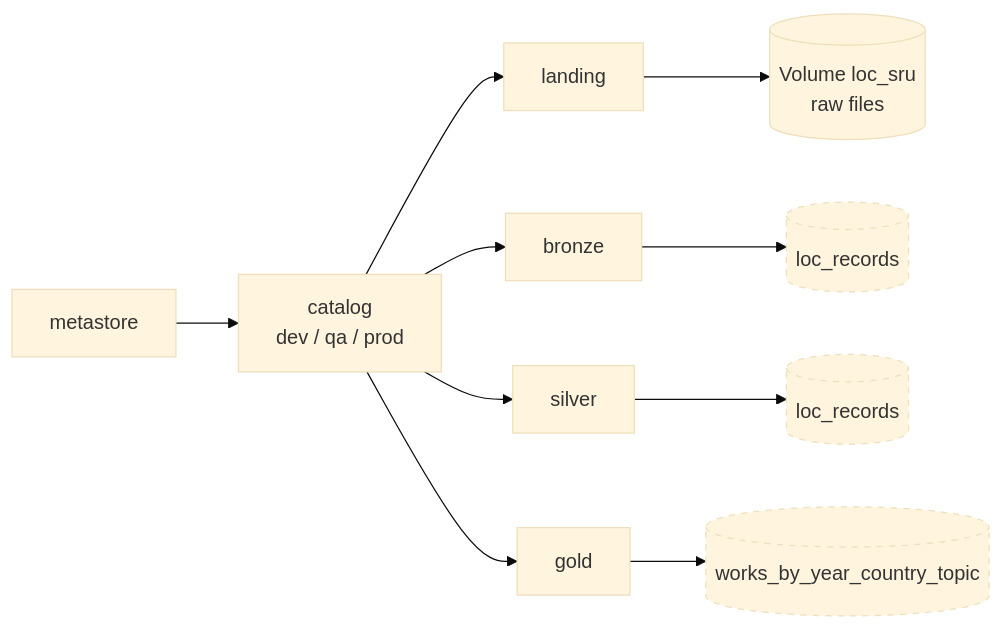
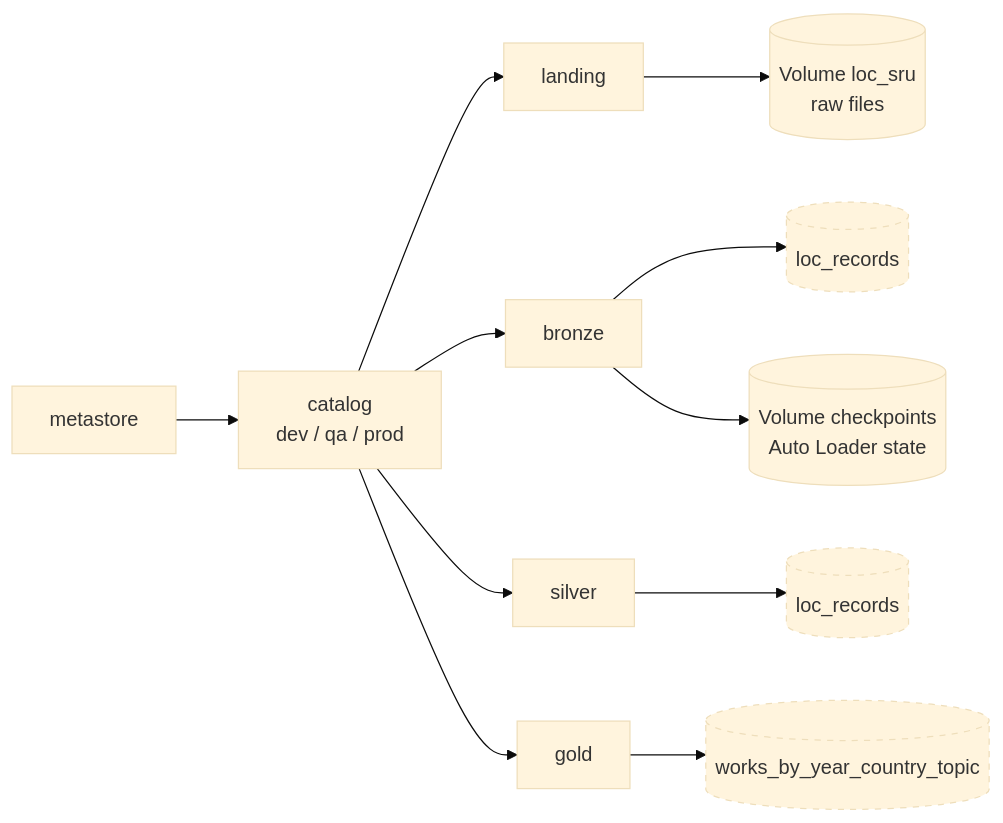
The third of 5 diagrams in docs/04-architecture.md (lawttaro-dev/databricks-lakehouse), drawn with Mermaid (base theme) before and after one commit. The commit also changed other lines of this file and 16 other files, not shown here.

First line of the commit message:
feat(bronze): scaffold MARCXML bronze ingestion with Auto Loader

````diff
--- a/docs/04-architecture.md
+++ b/docs/04-architecture.md
@@ -111,11 +111,12 @@
 ```mermaid
 flowchart LR
     M["metastore"] --> C["catalog<br/>dev / qa / prod"]
     C --> L["landing"] --> V[("Volume loc_sru<br/>raw files")]
     C --> B["bronze"] --> BT[("loc_records")]
+    B --> CK[("Volume checkpoints<br/>Auto Loader state")]
     C --> S["silver"] --> ST[("loc_records")]
     C --> G["gold"] --> GT[("works_by_year_country_topic")]
 
     classDef planned stroke-dasharray: 5 5
     class BT,ST,GT planned
 ```
````
